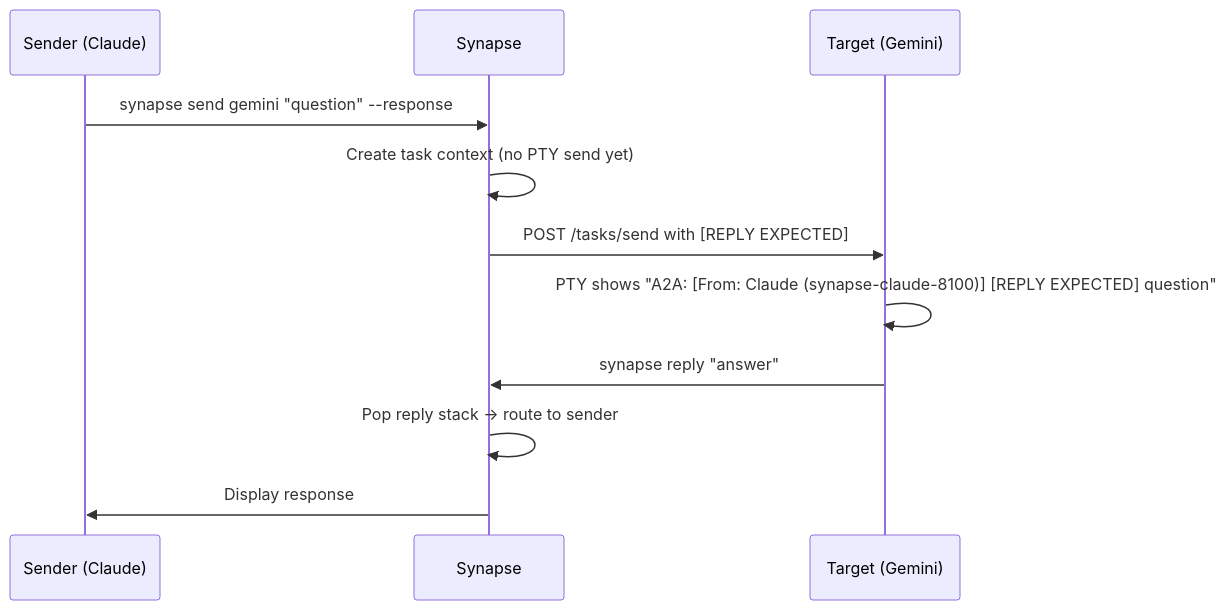
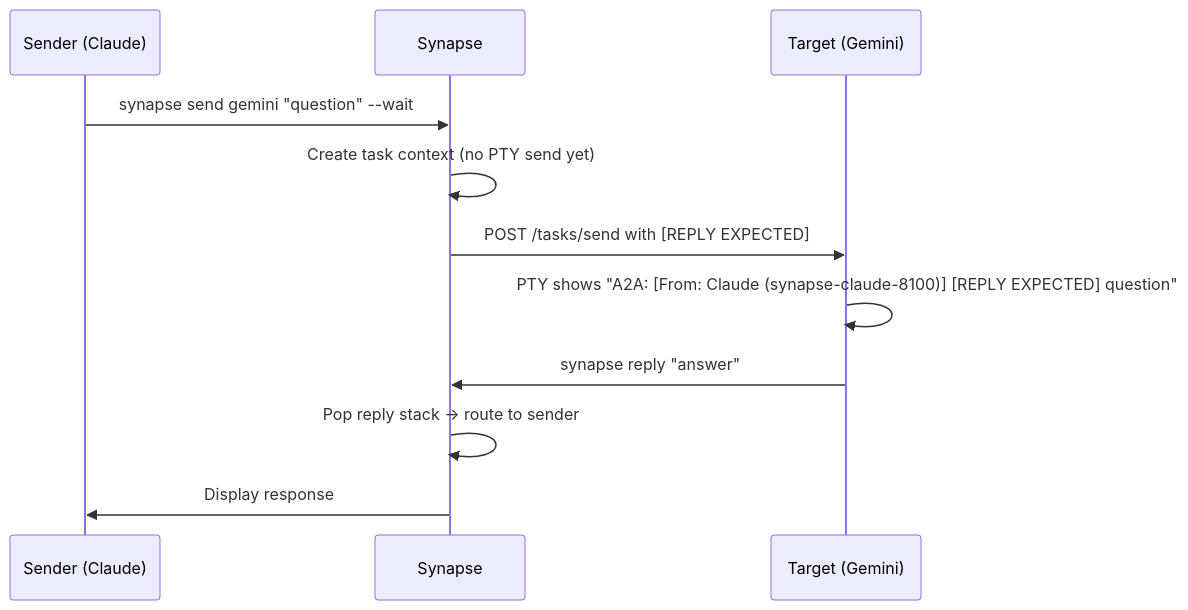
Before and after one commit to s-hiraoku/synapse-a2a: the diagram in site-docs/guide/communication.md, drawn with Mermaid. The commit also changed other lines of this file and 108 other files, not shown here.

First line of the commit message:
feat: replace --response/--no-response with --wait/--notify/--silent response modes

````diff
--- a/site-docs/guide/communication.md
+++ b/site-docs/guide/communication.md
@@ -182,14 +187,14 @@
 ```mermaid
 sequenceDiagram
     participant A as Sender (Claude)
     participant S as Synapse
     participant B as Target (Gemini)
 
-    A->>S: synapse send gemini "question" --response
+    A->>S: synapse send gemini "question" --wait
     S->>S: Create task context (no PTY send yet)
     S->>B: POST /tasks/send with [REPLY EXPECTED]
     B->>B: PTY shows "A2A: [From: Claude (synapse-claude-8100)] [REPLY EXPECTED] question"
     B->>S: synapse reply "answer"
     S->>S: Pop reply stack → route to sender
     S->>A: Display response
 ```
````
